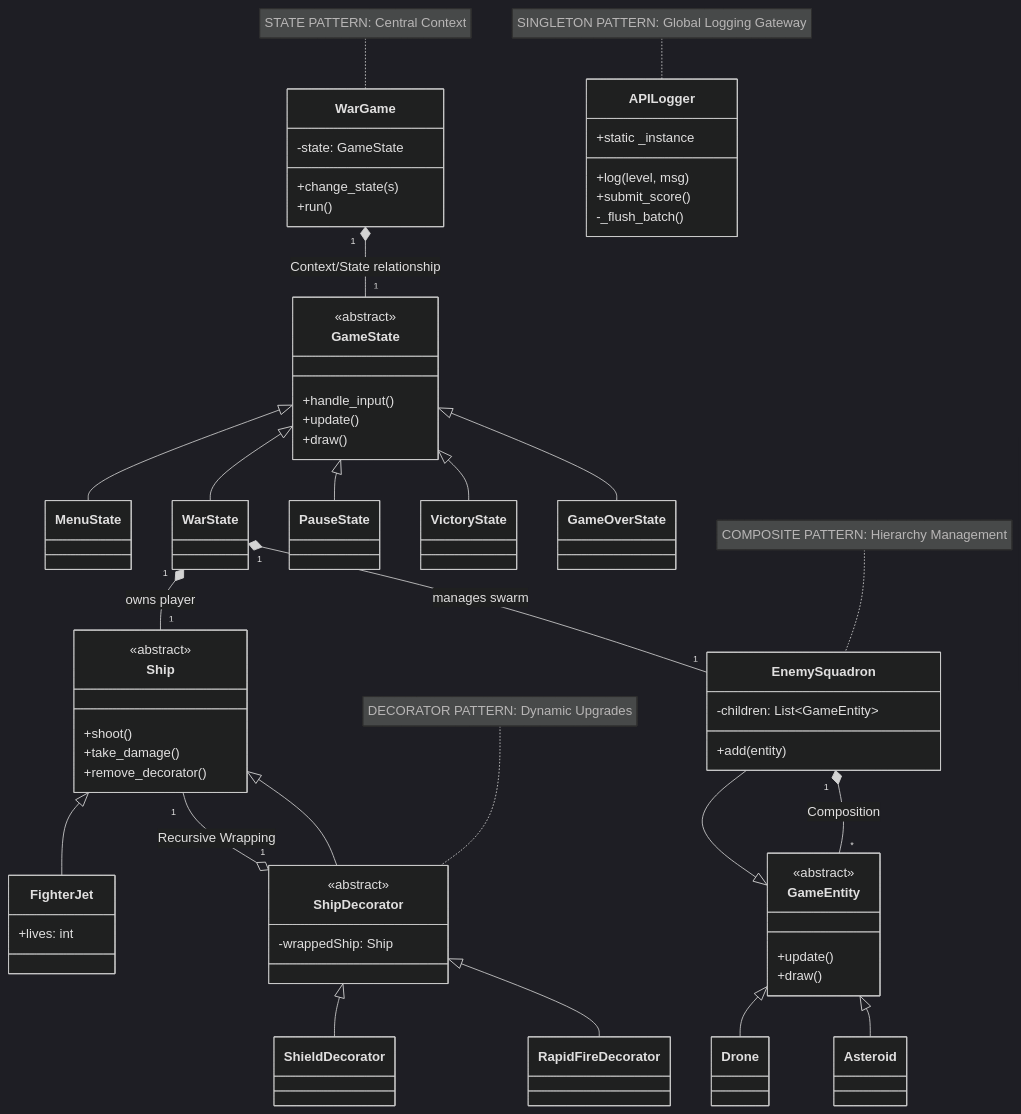
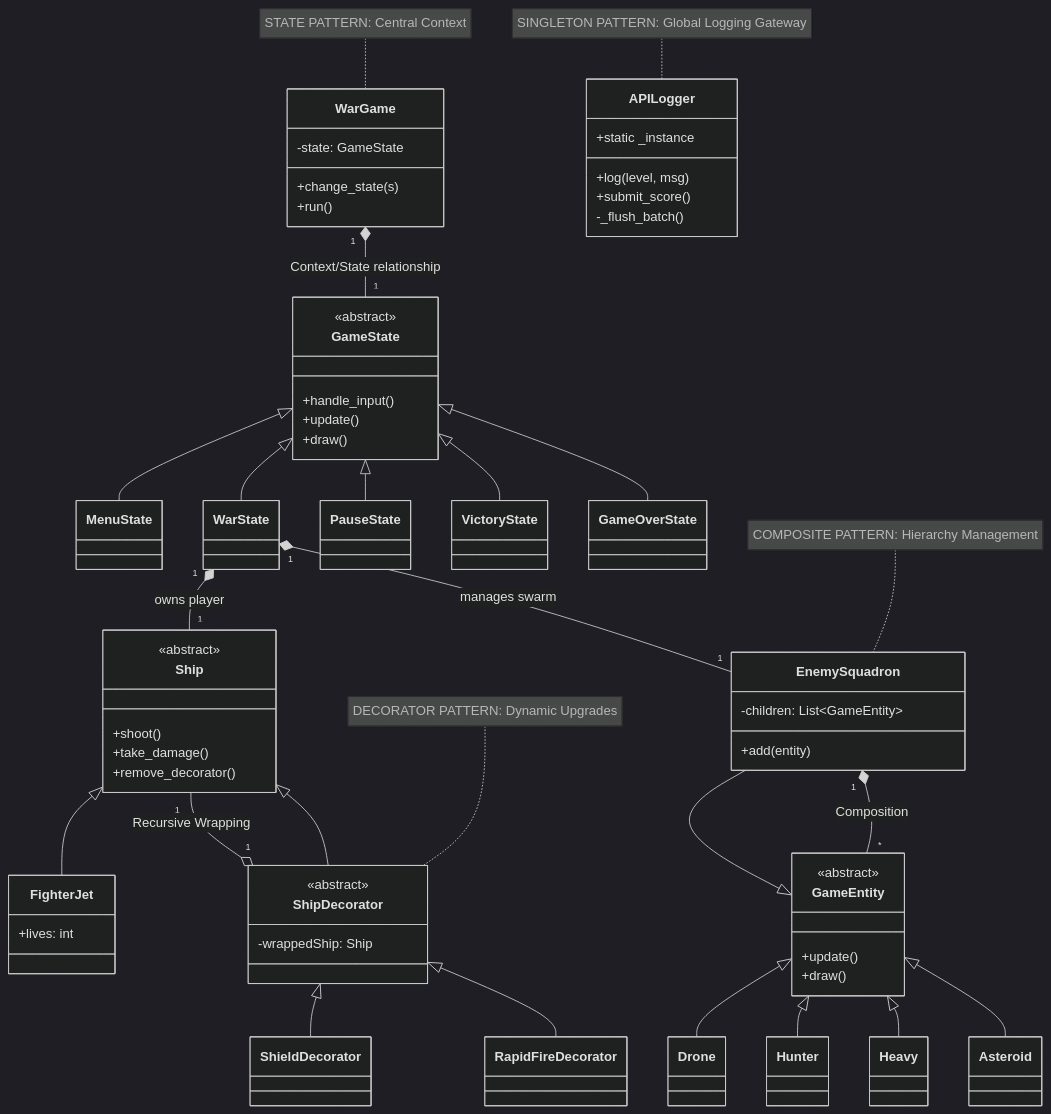
The second of 2 diagrams in DEFENDER-107/FINAL_REPORT.md (CHYou2Sef/DesignPatterns), drawn with Mermaid (dark theme) before and after one commit. The commit also changed other lines of this file and 16 other files, not shown here.

````diff
--- a/DEFENDER-107/FINAL_REPORT.md
+++ b/DEFENDER-107/FINAL_REPORT.md
@@ -43,70 +43,72 @@
 ```mermaid
 classDiagram
     %% --- STATE PATTERN ---
     class WarGame {
         -state: GameState
         +change_state(s)
         +run()
     }
     class GameState {
         <<abstract>>
         +handle_input()
         +update()
         +draw()
     }
     WarGame "1" *-- "1" GameState : Context/State relationship
     GameState <|-- MenuState
     GameState <|-- WarState
     GameState <|-- PauseState
     GameState <|-- VictoryState
     GameState <|-- GameOverState
     note for WarGame "STATE PATTERN: Central Context"
 
     %% --- DECORATOR PATTERN ---
     class Ship {
         <<abstract>>
         +shoot()
         +take_damage()
         +remove_decorator()
     }
     class FighterJet {
         +lives: int
     }
     class ShipDecorator {
         <<abstract>>
         -wrappedShip: Ship
     }
     Ship <|-- FighterJet
     Ship <|-- ShipDecorator
     ShipDecorator <|-- ShieldDecorator
     ShipDecorator <|-- RapidFireDecorator
     ShipDecorator "1" o-- "1" Ship : Recursive Wrapping
     WarState "1" *-- "1" Ship : owns player
     note for ShipDecorator "DECORATOR PATTERN: Dynamic Upgrades"
 
     %% --- COMPOSITE PATTERN ---
     class GameEntity {
         <<abstract>>
         +update()
         +draw()
     }
     class EnemySquadron {
         -children: List~GameEntity~
         +add(entity)
     }
     GameEntity <|-- Drone
+    GameEntity <|-- Hunter
+    GameEntity <|-- Heavy
     GameEntity <|-- Asteroid
     GameEntity <|-- EnemySquadron
     EnemySquadron "1" *-- "*" GameEntity : Composition
     WarState "1" *-- "1" EnemySquadron : manages swarm
     note for EnemySquadron "COMPOSITE PATTERN: Hierarchy Management"
 
     %% --- SINGLETON PATTERN ---
     class APILogger {
         +static _instance
         +log(level, msg)
         +submit_score()
         -_flush_batch()
     }
     note for APILogger "SINGLETON PATTERN: Global Logging Gateway"
 ```
````
